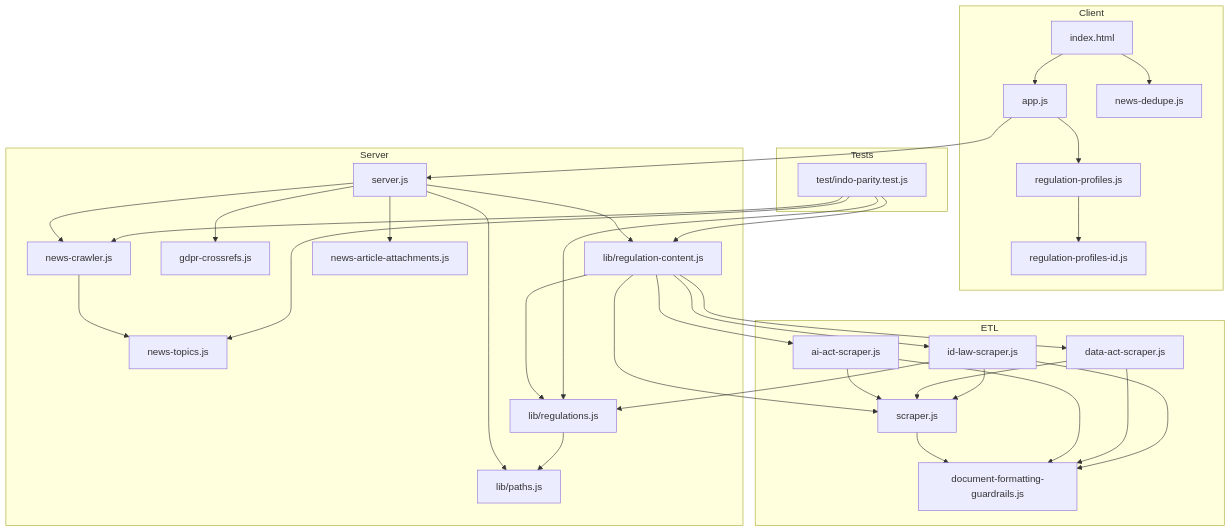
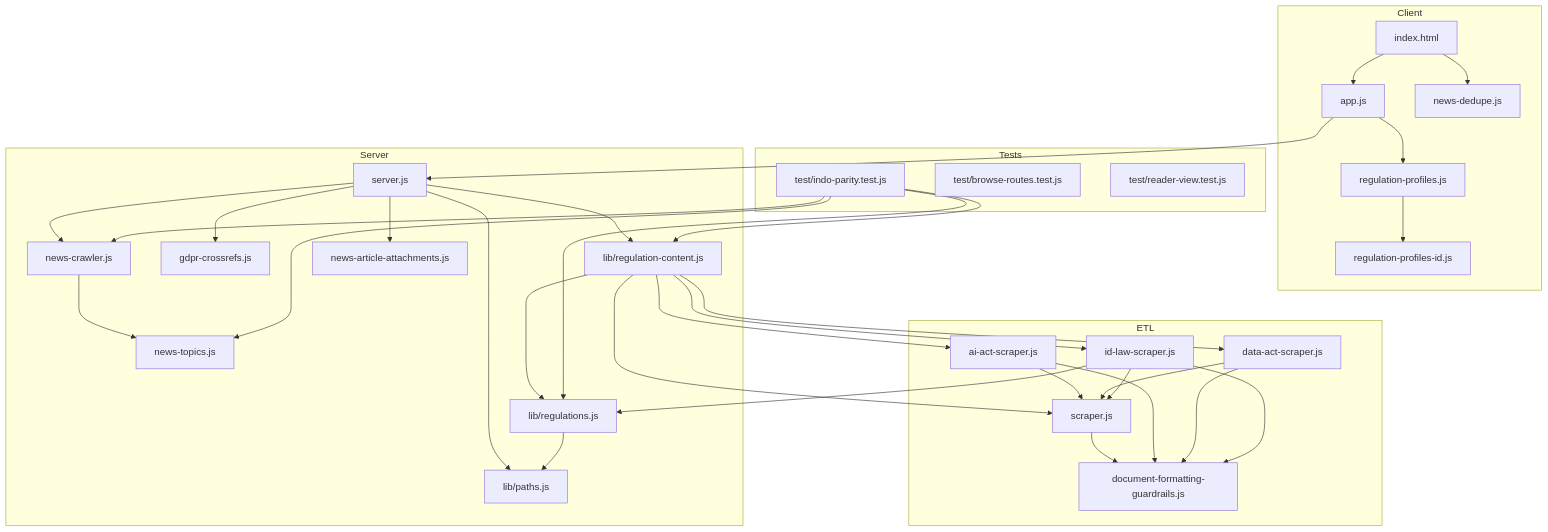
The diagram in docs/SOURCE_CODE_INVENTORY.md (RifqiMT/gdpr-qa-platform), drawn with Mermaid before and after one commit. The commit also changed other lines of this file and 33 other files, not shown here.

First line of the commit message:
Release v1.2.8: reader Page|Full, browse route hardening, DM Sans typography, and documentation v2.6

````diff
--- a/docs/SOURCE_CODE_INVENTORY.md
+++ b/docs/SOURCE_CODE_INVENTORY.md
@@ -229,56 +232,58 @@
 ```mermaid
 flowchart TB
   subgraph Client
     HTML[index.html]
     APP[app.js]
     PROF[regulation-profiles.js]
     PROFID[regulation-profiles-id.js]
     DEDUPE[news-dedupe.js]
   end
   subgraph Server
     SRV[server.js]
     LIB[lib/regulation-content.js]
     REG[lib/regulations.js]
     PATHS[lib/paths.js]
     XREF[gdpr-crossrefs.js]
     NEWS[news-crawler.js]
     TOPICS[news-topics.js]
     ATT[news-article-attachments.js]
   end
   subgraph ETL
     SCR[scraper.js]
     AIS[ai-act-scraper.js]
     DAS[data-act-scraper.js]
     IDS[id-law-scraper.js]
     DG[document-formatting-guardrails.js]
   end
   subgraph Tests
     TST[test/indo-parity.test.js]
+    TBR[test/browse-routes.test.js]
+    TRV[test/reader-view.test.js]
   end
   HTML --> APP --> PROF
   PROF --> PROFID
   HTML --> DEDUPE
   APP --> SRV
   SRV --> LIB --> REG
   SRV --> PATHS
   SRV --> XREF
   SRV --> NEWS --> TOPICS
   SRV --> ATT
   LIB --> SCR
   LIB --> AIS
   LIB --> DAS
   LIB --> IDS
   REG --> PATHS
   SCR --> DG
   AIS --> DG
   DAS --> DG
   IDS --> DG
   AIS --> SCR
   DAS --> SCR
   IDS --> SCR
   IDS --> REG
   TST --> REG
   TST --> LIB
   TST --> NEWS
   TST --> TOPICS
 ```
````
